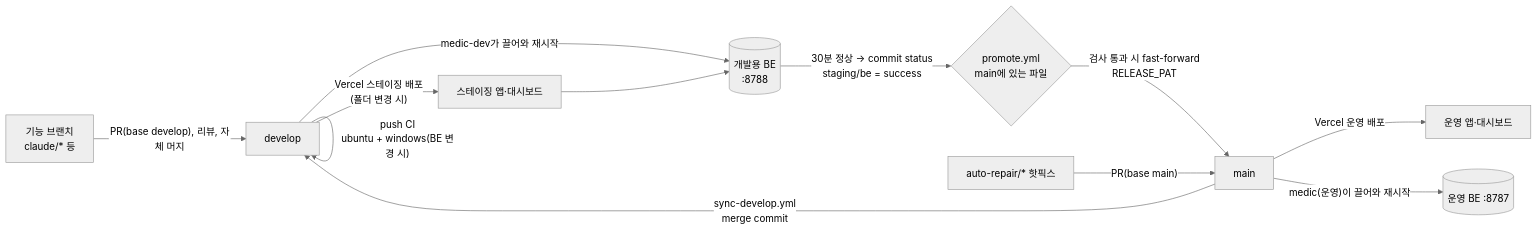
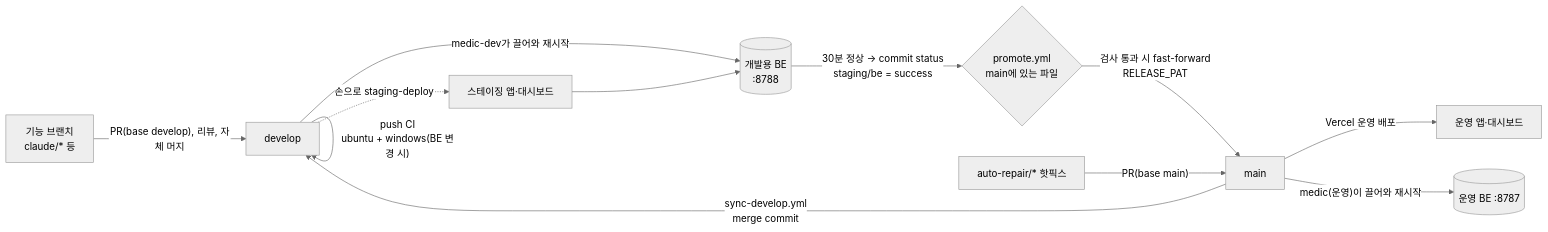
The diagram in docs/superpowers/specs/2026-10-24-release-flow-design.md (dahun428-fx/my-planner), drawn with Mermaid (neutral theme) before and after one commit. The commit also changed other lines of this file and 13 other files, not shown here.

First line of the commit message:
fix(release): stop auto-deploying develop to Vercel, deploy staging by hand

````diff
--- a/docs/superpowers/specs/2026-10-24-release-flow-design.md
+++ b/docs/superpowers/specs/2026-10-24-release-flow-design.md
@@ -35,14 +35,14 @@
 ```mermaid
 flowchart LR
   F[기능 브랜치<br/>claude/* 등] -- PR(base develop), 리뷰, 자체 머지 --> D[develop]
   D -- push CI<br/>ubuntu + windows(BE 변경 시) --> D
-  D -- Vercel 스테이징 배포<br/>(폴더 변경 시) --> SV[스테이징 앱·대시보드]
+  D -. 손으로 staging-deploy .-> SV[스테이징 앱·대시보드]
   D -- medic-dev가 끌어와 재시작 --> DB[(개발용 BE<br/>:8788)]
   SV --> DB
   DB -- 30분 정상 → commit status<br/>staging/be = success --> P{promote.yml<br/>main에 있는 파일}
   P -- 검사 통과 시 fast-forward<br/>RELEASE_PAT --> M[main]
   M -- Vercel 운영 배포 --> PV[운영 앱·대시보드]
   M -- medic(운영)이 끌어와 재시작 --> PB[(운영 BE :8787)]
   H[auto-repair/* 핫픽스] -- PR(base main) --> M
   M -- sync-develop.yml<br/>merge commit --> D
 ```
````
